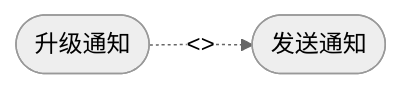
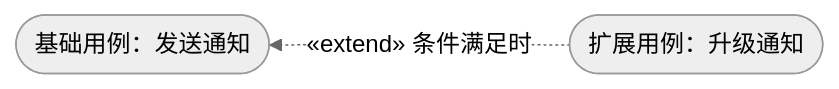
Before and after one commit to 74262195/system-architect-notes: the third of 3 diagrams in 01_综合知识/04_软件工程基础知识/03_分析与设计/UML用例图.md, drawn with Mermaid (neutral theme). The commit also changed other lines of this file, not shown here.

Commit message:
修正 UML include 与 extend 箭头示意图

````diff
--- a/01_综合知识/04_软件工程基础知识/03_分析与设计/UML用例图.md
+++ b/01_综合知识/04_软件工程基础知识/03_分析与设计/UML用例图.md
@@ -149,4 +149,6 @@
 ```mermaid
-flowchart LR
-    A([升级通知]) -. "<<extend>>" .-> B([发送通知])
+flowchart RL
+    Base([基础用例：发送通知])
+    Ext([扩展用例：升级通知])
+    Ext -. "«extend» 条件满足时" .-> Base
 ```
````
